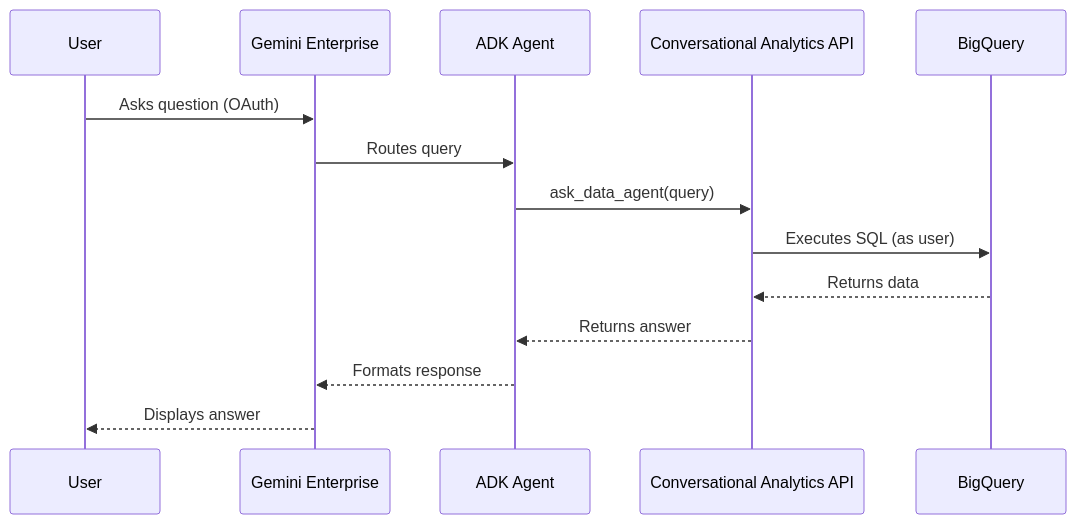
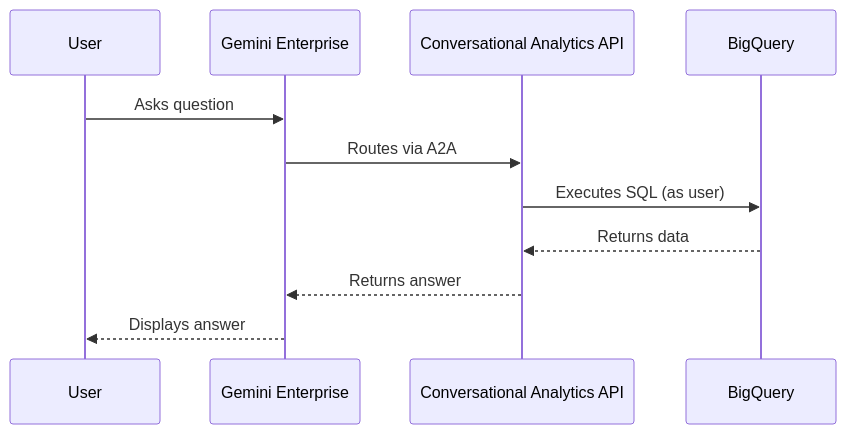
One commit to johanesalxd/random-stuff changed the diagram in bq_caapi_ge/README.md. Above: the diagram before and after it, drawn with Mermaid. The commit also changed other lines of this file and 23 other files, not shown here.

````diff
--- a/bq_caapi_ge/README.md
+++ b/bq_caapi_ge/README.md
@@ -7,17 +9,14 @@
 ```mermaid
 sequenceDiagram
     participant User
     participant GE as Gemini Enterprise
-    participant ADK as ADK Agent
     participant CA as Conversational Analytics API
     participant BQ as BigQuery
 
-    User->>GE: Asks question (OAuth)
-    GE->>ADK: Routes query
-    ADK->>CA: ask_data_agent(query)
+    User->>GE: Asks question
+    GE->>CA: Routes via A2A
     CA->>BQ: Executes SQL (as user)
     BQ-->>CA: Returns data
-    CA-->>ADK: Returns answer
-    ADK-->>GE: Formats response
+    CA-->>GE: Returns answer
     GE-->>User: Displays answer
 ```
````
